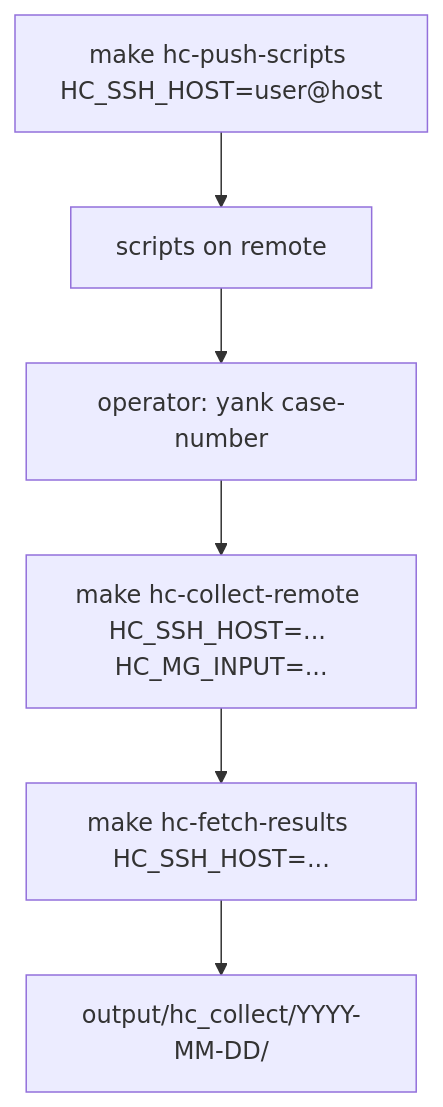
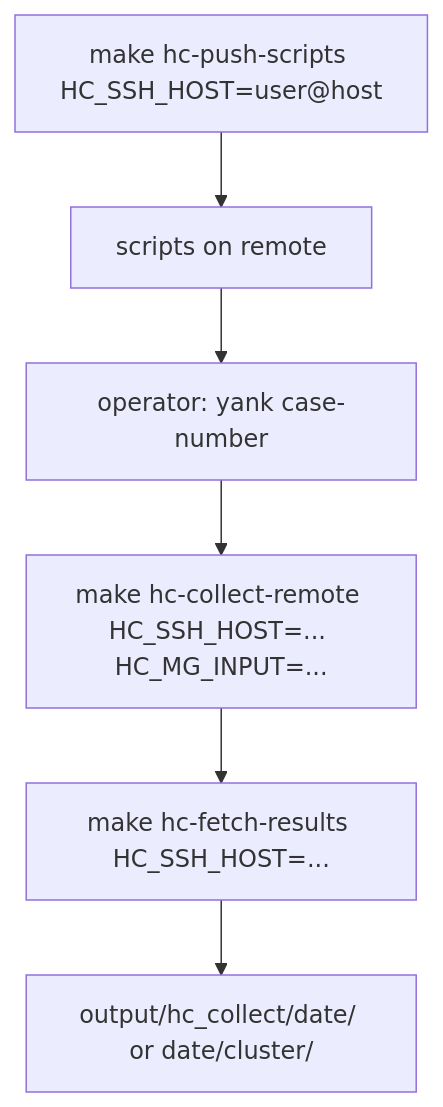
The seventh of 8 diagrams in docs/CODEFLOW.md (stratus-ss/arch-design-doc-generator), drawn with Mermaid before and after one commit. The commit also changed other lines of this file and 20 other files, not shown here.

````diff
--- a/docs/CODEFLOW.md
+++ b/docs/CODEFLOW.md
@@ -173,8 +176,8 @@
 ```mermaid
 flowchart TD
     Push[make hc-push-scripts HC_SSH_HOST=user@host] --> Remote[scripts on remote]
     Remote --> Yank[operator: yank case-number]
     Yank --> CollectRemote[make hc-collect-remote HC_SSH_HOST=... HC_MG_INPUT=...]
     CollectRemote --> FetchResults[make hc-fetch-results HC_SSH_HOST=...]
-    FetchResults --> Staged[output/hc_collect/YYYY-MM-DD/]
+    FetchResults --> Staged[output/hc_collect/date/ or date/cluster/]
 ```
````
